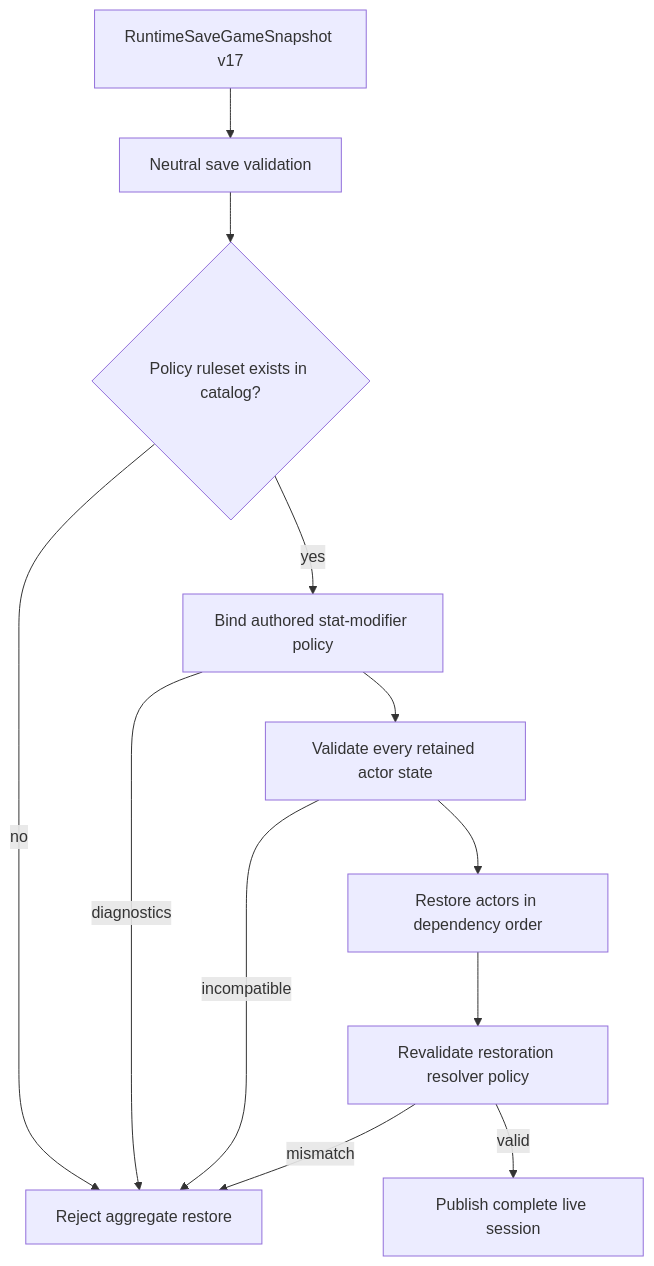
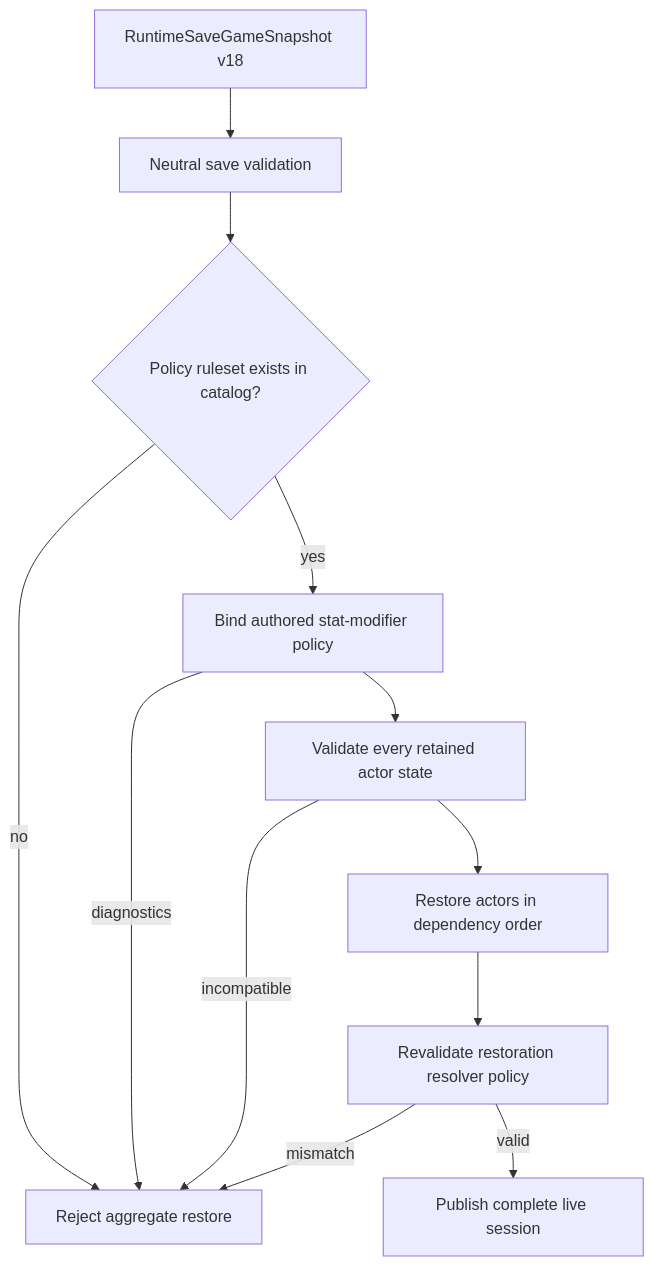
The seventh of 7 diagrams in docs/technical/stat-modifier-policy-runtime.md (KayelC/Convergence), drawn with Mermaid before and after one commit. The commit also changed other lines of this file and 55 other files, not shown here.

````diff
--- a/docs/technical/stat-modifier-policy-runtime.md
+++ b/docs/technical/stat-modifier-policy-runtime.md
@@ -329,14 +329,14 @@
 ```mermaid
 flowchart TD
-    S["RuntimeSaveGameSnapshot v17"] --> N["Neutral save validation"]
+    S["RuntimeSaveGameSnapshot v18"] --> N["Neutral save validation"]
     N --> C{"Policy ruleset exists in catalog?"}
     C -->|"no"| R["Reject aggregate restore"]
     C -->|"yes"| B["Bind authored stat-modifier policy"]
     B -->|"diagnostics"| R
     B --> V["Validate every retained actor state"]
     V -->|"incompatible"| R
     V --> A["Restore actors in dependency order"]
     A --> Q["Revalidate restoration resolver policy"]
     Q -->|"mismatch"| R
     Q -->|"valid"| L["Publish complete live session"]
 ```
````
